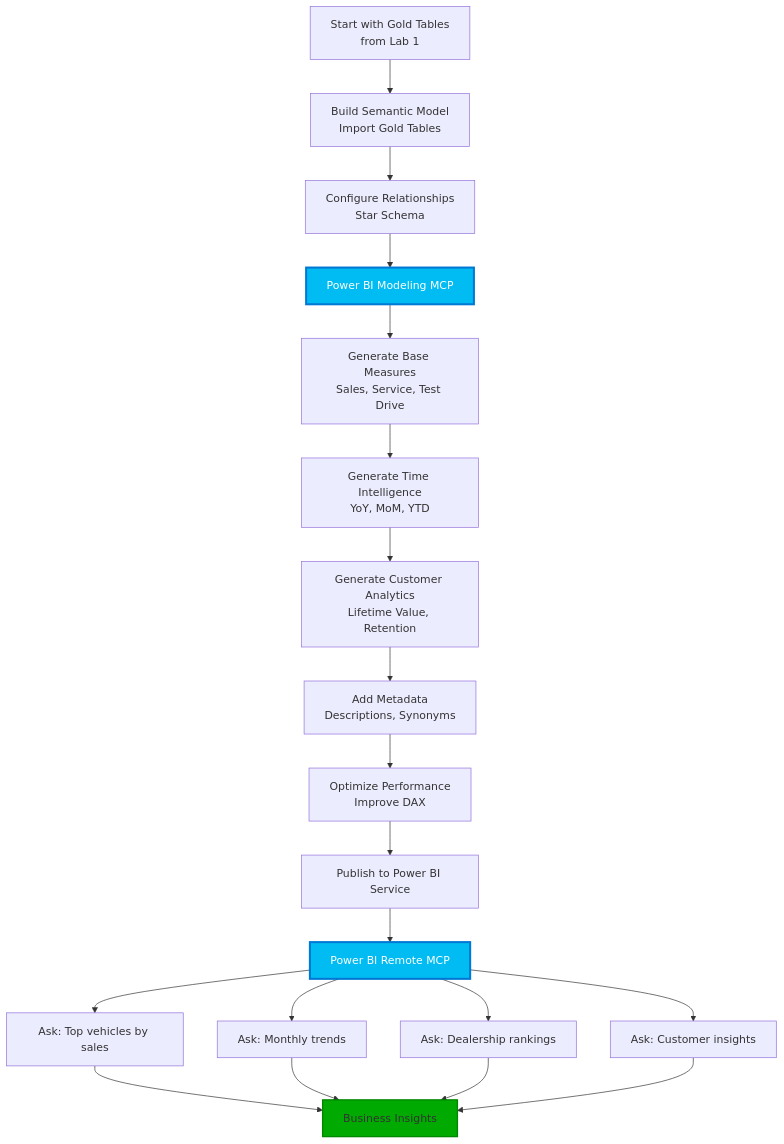
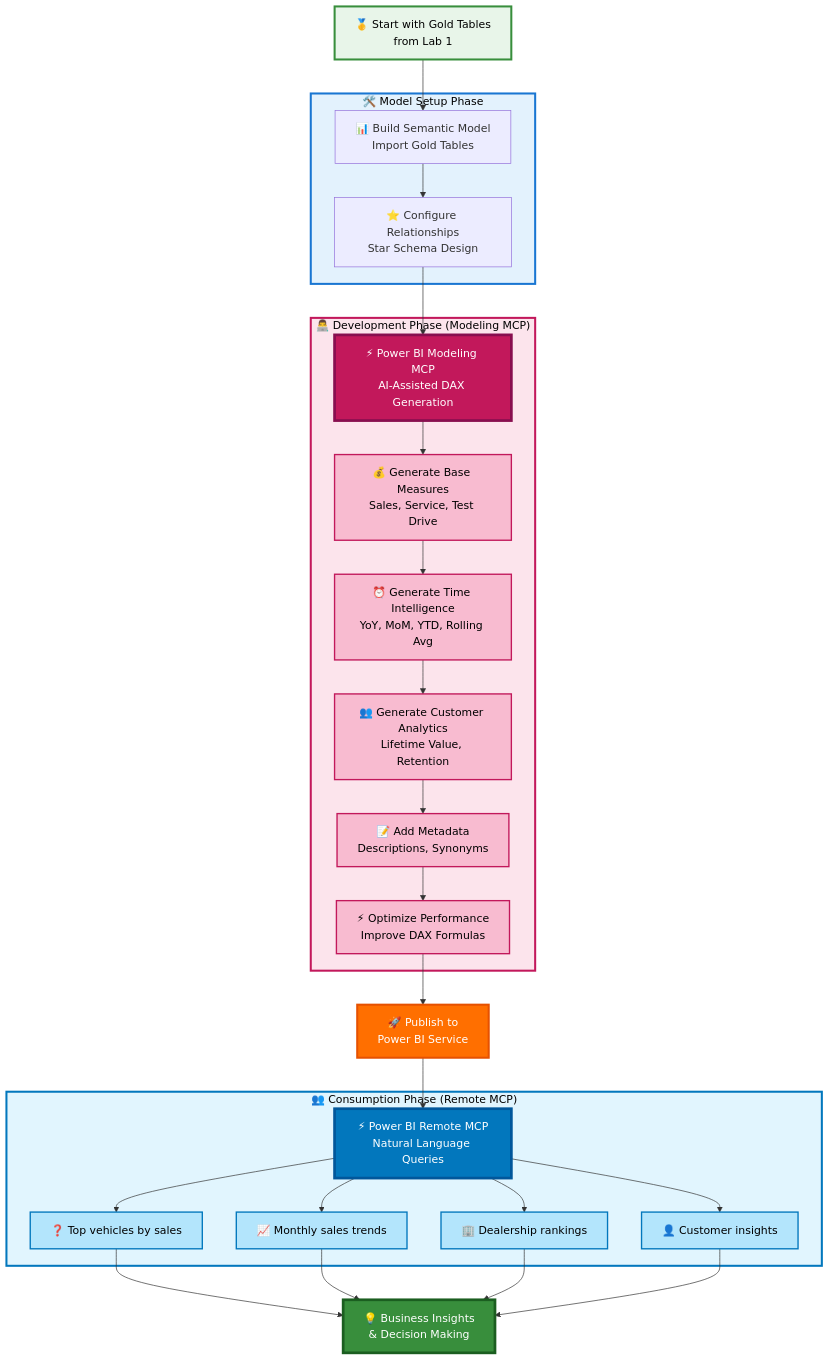
One commit to shantha05/2026-SQL-Saturday-Atlanta-AI-BI-PreCon changed the fifth of 6 diagrams in 02-Architecture/Lab-03-Architecture.md. Above: the diagram before and after it, drawn with Mermaid. The commit also changed other lines of this file and 2 other files, not shown here.

Commit message:
Updated Architecture Diagrams

````diff
--- a/02-Architecture/Lab-03-Architecture.md
+++ b/02-Architecture/Lab-03-Architecture.md
@@ -201,29 +257,68 @@
 ```mermaid
 graph TB
-    START[Start with Gold Tables<br/>from Lab 1]
+    START["🥇 Start with Gold Tables<br/>from Lab 1"]
     
-    START --> BUILD[Build Semantic Model<br/>Import Gold Tables]
-    BUILD --> REL[Configure Relationships<br/>Star Schema]
+    subgraph SETUP["🛠️ Model Setup Phase"]
+        BUILD["📊 Build Semantic Model<br/>Import Gold Tables"]
+        REL["⭐ Configure Relationships<br/>Star Schema Design"]
+    end
     
-    REL --> MODELING[Power BI Modeling MCP]
+    subgraph DEV["👨‍💻 Development Phase (Modeling MCP)"]
+        MODELING["⚡ Power BI Modeling MCP<br/>AI-Assisted DAX Generation"]
+        GEN1["💰 Generate Base Measures<br/>Sales, Service, Test Drive"]
+        GEN2["⏰ Generate Time Intelligence<br/>YoY, MoM, YTD, Rolling Avg"]
+        GEN3["👥 Generate Customer Analytics<br/>Lifetime Value, Retention"]
+        META["📝 Add Metadata<br/>Descriptions, Synonyms"]
+        OPT["⚡ Optimize Performance<br/>Improve DAX Formulas"]
+    end
     
-    MODELING --> GEN1[Generate Base Measures<br/>Sales, Service, Test Drive]
-    GEN1 --> GEN2[Generate Time Intelligence<br/>YoY, MoM, YTD]
-    GEN2 --> GEN3[Generate Customer Analytics<br/>Lifetime Value, Retention]
-    GEN3 --> META[Add Metadata<br/>Descriptions, Synonyms]
-    META --> OPT[Optimize Performance<br/>Improve DAX]
+    PUBLISH["🚀 Publish to<br/>Power BI Service"]
     
-    OPT --> PUBLISH[Publish to Power BI Service]
+    subgraph CONSUME["👥 Consumption Phase (Remote MCP)"]
+        REMOTE["⚡ Power BI Remote MCP<br/>Natural Language Queries"]
+        QUERY1["❓ Top vehicles by sales"]
+        QUERY2["📈 Monthly sales trends"]
+        QUERY3["🏢 Dealership rankings"]
+        QUERY4["👤 Customer insights"]
+    end
     
-    PUBLISH --> REMOTE[Power BI Remote MCP]
-    REMOTE --> QUERY1[Ask: Top vehicles by sales]
-    REMOTE --> QUERY2[Ask: Monthly trends]
-    REMOTE --> QUERY3[Ask: Dealership rankings]
-    REMOTE --> QUERY4[Ask: Customer insights]
+    INSIGHTS["💡 Business Insights<br/>& Decision Making"]
     
-    QUERY1 & QUERY2 & QUERY3 & QUERY4 --> INSIGHTS[Business Insights]
+    START --> BUILD
+    BUILD --> REL
+    REL --> MODELING
     
-    style MODELING fill:#00bcf2,stroke:#0078d4,stroke-width:3px,color:#fff
-    style REMOTE fill:#00bcf2,stroke:#0078d4,stroke-width:3px,color:#fff
-    style INSIGHTS fill:#00aa00,stroke:#008800,stroke-width:2px
+    MODELING --> GEN1
+    GEN1 --> GEN2
+    GEN2 --> GEN3
+    GEN3 --> META
+    META --> OPT
+    
+    OPT --> PUBLISH
+    
+    PUBLISH --> REMOTE
+    REMOTE --> QUERY1 & QUERY2 & QUERY3 & QUERY4
+    
+    QUERY1 & QUERY2 & QUERY3 & QUERY4 --> INSIGHTS
+    
+    style START fill:#E8F5E9,stroke:#388E3C,stroke-width:3px,color:#000
+    style SETUP fill:#E3F2FD,stroke:#1976D2,stroke-width:3px,color:#000
+    style DEV fill:#FCE4EC,stroke:#C2185B,stroke-width:3px,color:#000
+    style CONSUME fill:#E1F5FE,stroke:#0277BD,stroke-width:3px,color:#000
+    
+    style MODELING fill:#C2185B,stroke:#880E4F,stroke-width:4px,color:#fff
+    style REMOTE fill:#0277BD,stroke:#01579B,stroke-width:4px,color:#fff
+    style PUBLISH fill:#FF6F00,stroke:#E65100,stroke-width:3px,color:#fff
+    style INSIGHTS fill:#388E3C,stroke:#1B5E20,stroke-width:4px,color:#fff
+    
+    style GEN1 fill:#F8BBD0,stroke:#C2185B,stroke-width:2px,color:#000
+    style GEN2 fill:#F8BBD0,stroke:#C2185B,stroke-width:2px,color:#000
+    style GEN3 fill:#F8BBD0,stroke:#C2185B,stroke-width:2px,color:#000
+    style META fill:#F8BBD0,stroke:#C2185B,stroke-width:2px,color:#000
+    style OPT fill:#F8BBD0,stroke:#C2185B,stroke-width:2px,color:#000
+    
+    style QUERY1 fill:#B3E5FC,stroke:#0277BD,stroke-width:2px,color:#000
+    style QUERY2 fill:#B3E5FC,stroke:#0277BD,stroke-width:2px,color:#000
+    style QUERY3 fill:#B3E5FC,stroke:#0277BD,stroke-width:2px,color:#000
+    style QUERY4 fill:#B3E5FC,stroke:#0277BD,stroke-width:2px,color:#000
 ```
````
